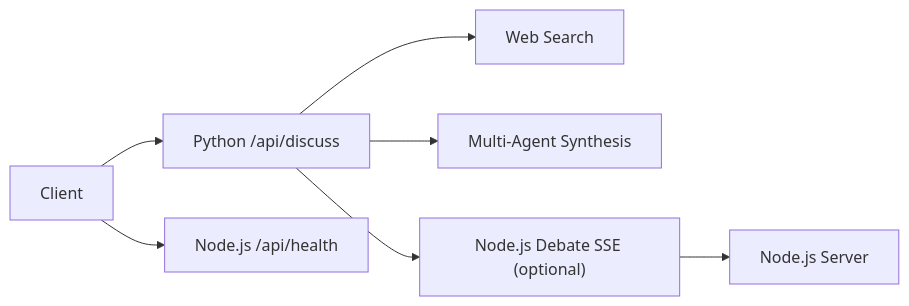
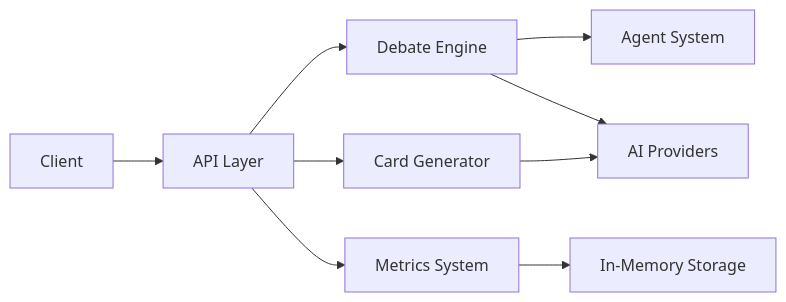
The third of 3 diagrams in .qoder/repowiki/en/content/Research & Discussion Platform/Discussion API Endpoints.md (RunTimeAdmin/tri-ai), drawn with Mermaid before and after one commit. The commit also changed other lines of this file and 21 other files, not shown here.

````diff
--- a/.qoder/repowiki/en/content/Research & Discussion Platform/Discussion API Endpoints.md
+++ b/.qoder/repowiki/en/content/Research & Discussion Platform/Discussion API Endpoints.md
@@ -234,9 +304,11 @@
 ```mermaid
 graph LR
-Client["Client"] --> PyAPI["Python /api/discuss"]
-Client --> NodeHealth["Node.js /api/health"]
-PyAPI --> WebSearch["Web Search"]
-PyAPI --> Agents["Multi-Agent Synthesis"]
-PyAPI --> NodeSSE["Node.js Debate SSE (optional)"]
-NodeSSE --> NodeServer["Node.js Server"]
+Client["Client"] --> API["API Layer"]
+API --> Engine["Debate Engine"]
+API --> Metrics["Metrics System"]
+API --> Cards["Card Generator"]
+Engine --> Agents["Agent System"]
+Engine --> Providers["AI Providers"]
+Cards --> Providers
+Metrics --> Storage["In-Memory Storage"]
 ```
````
